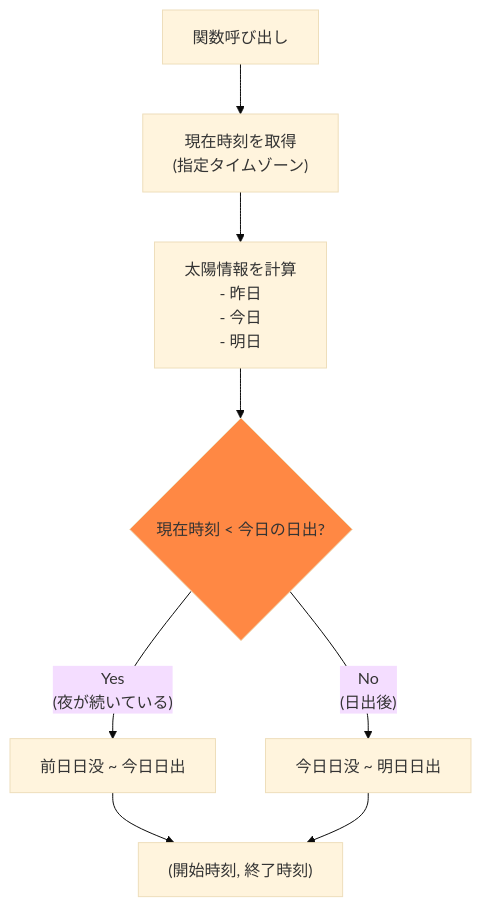
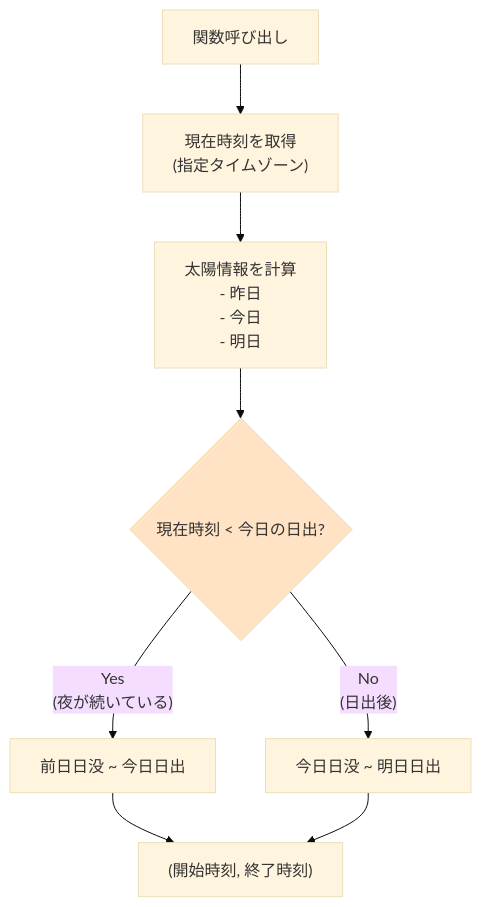
One commit to Masakai/meteo changed the first of 4 diagrams in documents/ASTRO_UTILS.md. Above: the diagram before and after it, drawn with Mermaid (base theme). The commit also changed other lines of this file and 8 other files, not shown here.

Commit message:
- Mermaidダイアグラム用スタイルのカラーパレットを調整   - セーフティカラーを温和なトーンへ変更   - Mermaidテーマ設定のドキュメントやスクリプトを更新 - WebRTC/Go2RTC関連のドキュメント強化   - `go2rtc` コンテナ仕様、図解を追加   - ダッシュボード埋め込み方式とストリーミング設定を反映   - 構築手順にポートや依存関係情報を補足

````diff
--- a/documents/ASTRO_UTILS.md
+++ b/documents/ASTRO_UTILS.md
@@ -88,20 +88,20 @@
 ```mermaid
 flowchart TD
     Start["関数呼び出し"]
     GetNow["現在時刻を取得<br/>(指定タイムゾーン)"]
     CalcSun["太陽情報を計算<br/>- 昨日<br/>- 今日<br/>- 明日"]
     CheckTime{"現在時刻 < 今日の日出?"}
     SetYesterday["前日日没 ~ 今日日出"]
     SetToday["今日日没 ~ 明日日出"]
     Return["(開始時刻, 終了時刻)"]
 
     Start --> GetNow
     GetNow --> CalcSun
     CalcSun --> CheckTime
     CheckTime -->|"Yes<br/>(夜が続いている)"| SetYesterday
     CheckTime -->|"No<br/>(日出後)"| SetToday
     SetYesterday --> Return
     SetToday --> Return
 
-    style CheckTime fill:#ff8844
+    style CheckTime fill:#ffe3c4
 ```
````
